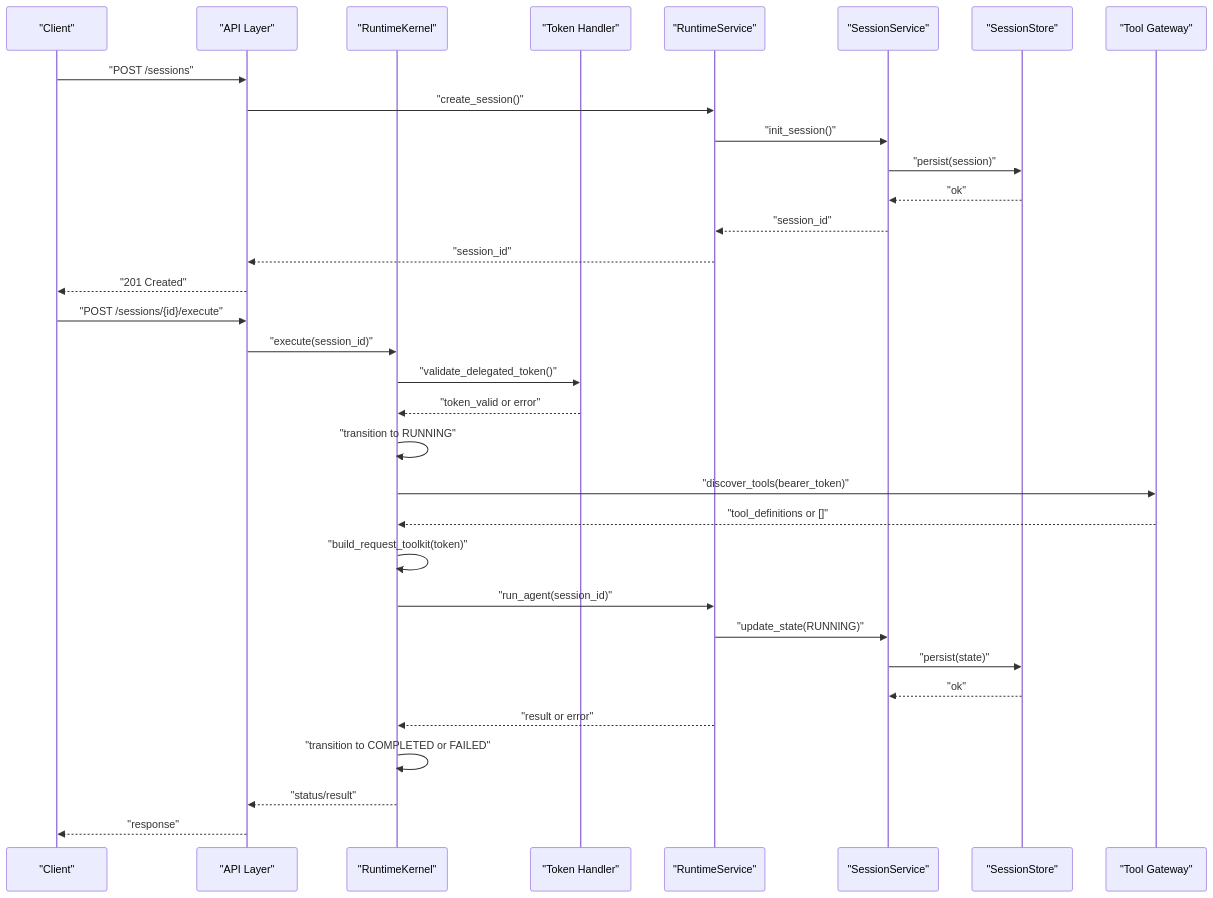
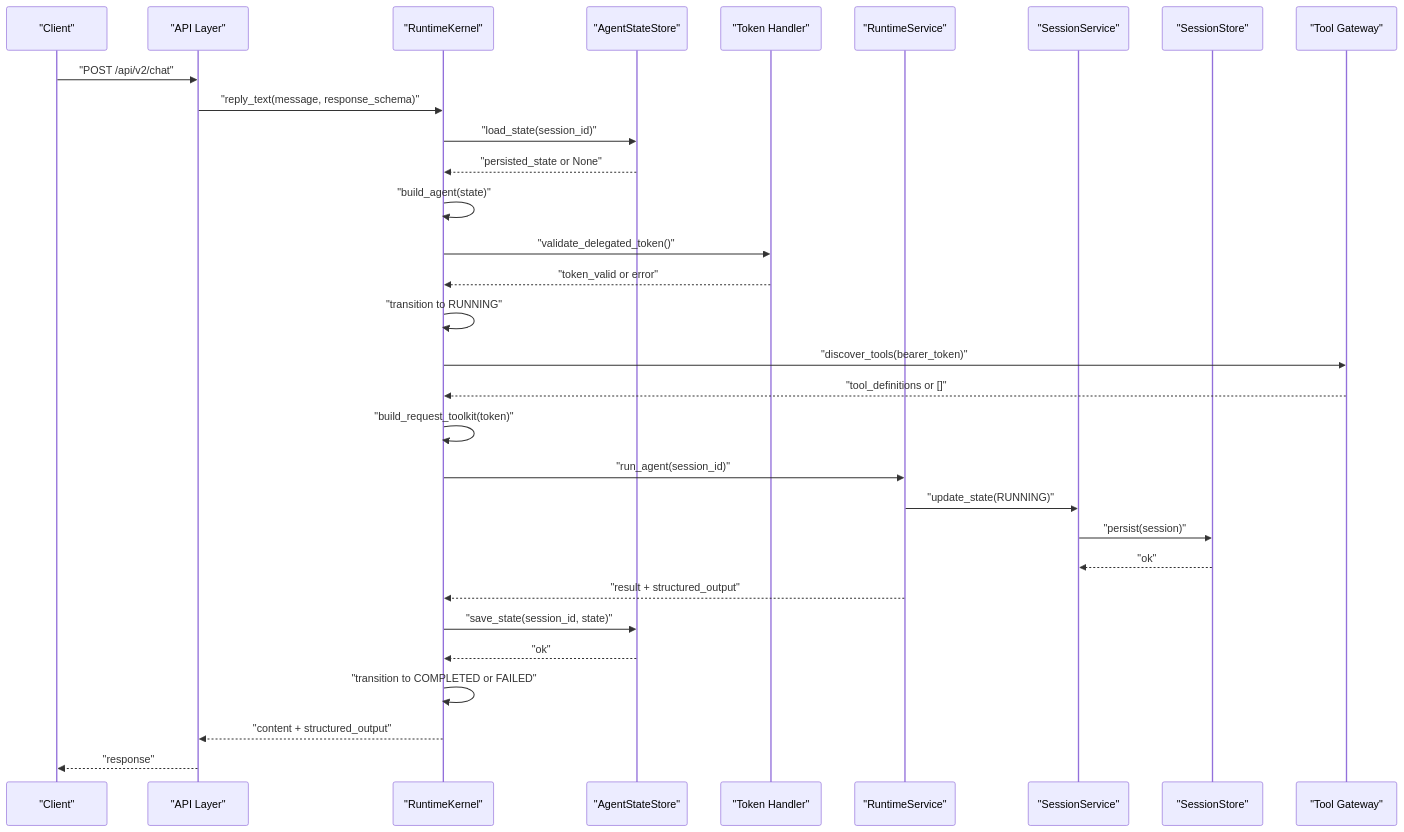
The second of 4 diagrams in .qoder/repowiki/en/content/Agent Platform Service/Runtime Kernel and Agent Lifecycle.md (metasync/luban-aiops), drawn with Mermaid before and after one commit. The commit also changed other lines of this file and 6 other files, not shown here.

````diff
--- a/.qoder/repowiki/en/content/Agent Platform Service/Runtime Kernel and Agent Lifecycle.md
+++ b/.qoder/repowiki/en/content/Agent Platform Service/Runtime Kernel and Agent Lifecycle.md
@@ -104,35 +123,33 @@
 ```mermaid
 sequenceDiagram
 participant Client as "Client"
 participant API as "API Layer"
 participant Kernel as "RuntimeKernel"
+participant StateStore as "AgentStateStore"
 participant TokenHandler as "Token Handler"
 participant RSvc as "RuntimeService"
 participant SSvc as "SessionService"
 participant Store as "SessionStore"
 participant Gateway as "Tool Gateway"
-Client->>API : "POST /sessions"
-API->>RSvc : "create_session()"
-RSvc->>SSvc : "init_session()"
-SSvc->>Store : "persist(session)"
-Store-->>SSvc : "ok"
-SSvc-->>RSvc : "session_id"
-RSvc-->>API : "session_id"
-API-->>Client : "201 Created"
-Client->>API : "POST /sessions/{id}/execute"
-API->>Kernel : "execute(session_id)"
+Client->>API : "POST /api/v2/chat"
+API->>Kernel : "reply_text(message, response_schema)"
+Kernel->>StateStore : "load_state(session_id)"
+StateStore-->>Kernel : "persisted_state or None"
+Kernel->>Kernel : "build_agent(state)"
 Kernel->>TokenHandler : "validate_delegated_token()"
 TokenHandler-->>Kernel : "token_valid or error"
 Kernel->>Kernel : "transition to RUNNING"
 Kernel->>Gateway : "discover_tools(bearer_token)"
 Gateway-->>Kernel : "tool_definitions or []"
 Kernel->>Kernel : "build_request_toolkit(token)"
 Kernel->>RSvc : "run_agent(session_id)"
 RSvc->>SSvc : "update_state(RUNNING)"
-SSvc->>Store : "persist(state)"
+SSvc->>Store : "persist(session)"
 Store-->>SSvc : "ok"
-RSvc-->>Kernel : "result or error"
+RSvc-->>Kernel : "result + structured_output"
+Kernel->>StateStore : "save_state(session_id, state)"
+StateStore-->>Kernel : "ok"
 Kernel->>Kernel : "transition to COMPLETED or FAILED"
-Kernel-->>API : "status/result"
+Kernel-->>API : "content + structured_output"
 API-->>Client : "response"
 ```
````
